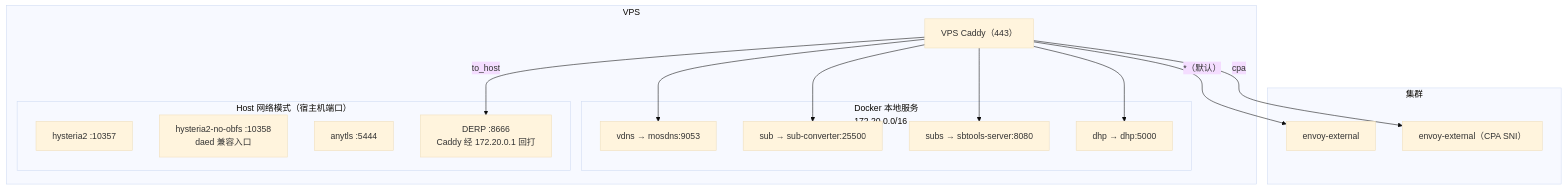
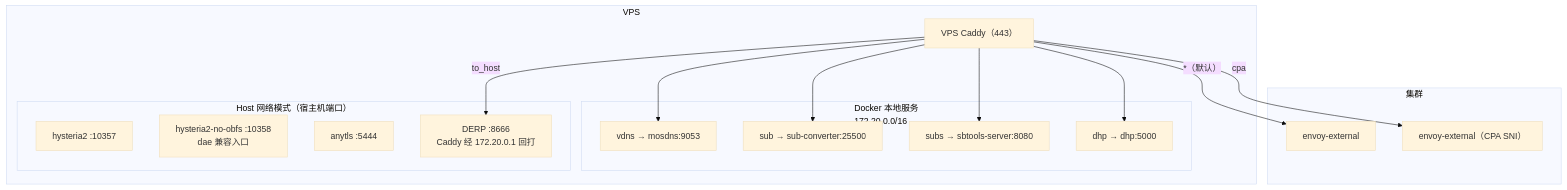
One commit to shelken/home-ops changed the fifth of 8 diagrams in docs/ARCHITECTURE.md. Above: the diagram before and after it, drawn with Mermaid (base theme). The commit also changed other lines of this file and 11 other files, not shown here.

First line of the commit message:
feat(router): 旁路由 dae 声明式下发，取代 daed

````diff
--- a/docs/ARCHITECTURE.md
+++ b/docs/ARCHITECTURE.md
@@ -316,33 +316,33 @@
 ```mermaid
 graph TB
     subgraph VPS["VPS"]
         Caddy["VPS Caddy（443）"]
 
         subgraph LOCAL["Docker 本地服务<br/>172.20.0.0/16"]
             mosdns["vdns → mosdns:9053"]
             subconv["sub → sub-converter:25500"]
             sbtools["subs → sbtools-server:8080"]
             dhp["dhp → dhp:5000"]
         end
 
         subgraph HOST["Host 网络模式（宿主机端口）"]
             hysteria2["hysteria2 :10357"]
-            hysteria2_no_obfs["hysteria2-no-obfs :10358<br/>daed 兼容入口"]
+            hysteria2_no_obfs["hysteria2-no-obfs :10358<br/>dae 兼容入口"]
             anytls["anytls :5444"]
             derp["DERP :8666<br/>Caddy 经 172.20.0.1 回打"]
         end
     end
 
     subgraph CLUSTER["集群"]
         Envoy["envoy-external"]
         Envoy_CPA["envoy-external（CPA SNI）"]
     end
 
     Caddy -->|"cpa"| Envoy_CPA
     Caddy -->|"*（默认）"| Envoy
     Caddy --> mosdns
     Caddy --> subconv
     Caddy --> sbtools
     Caddy --> dhp
     Caddy -->|"to_host"| derp
 ```
````
